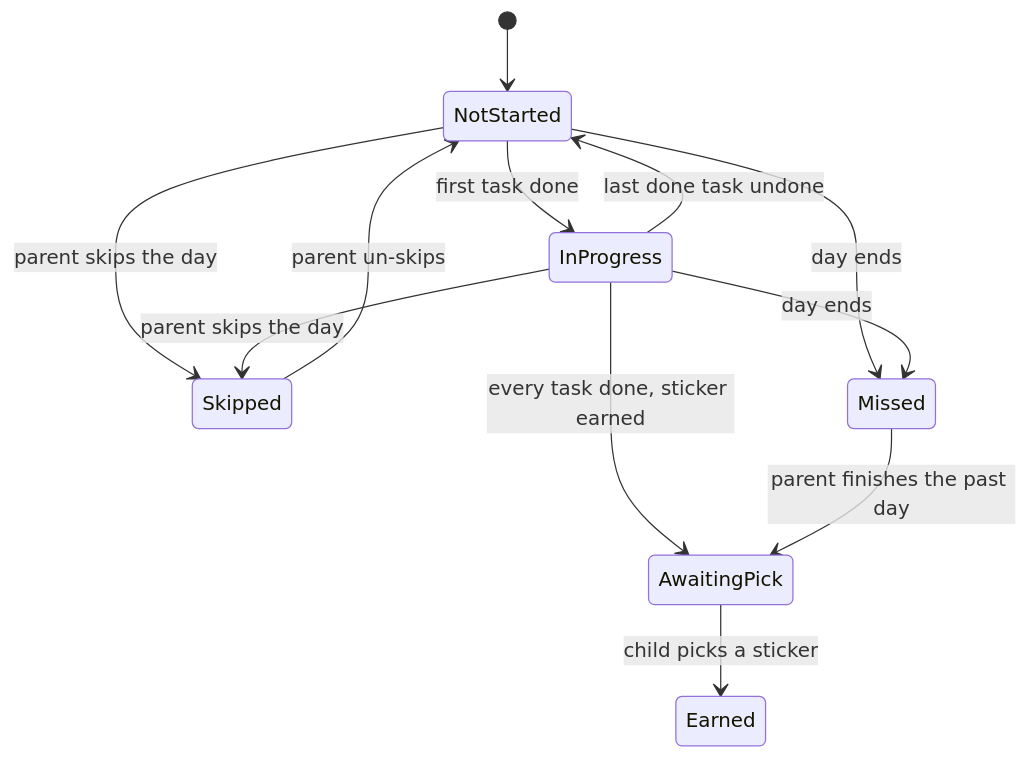
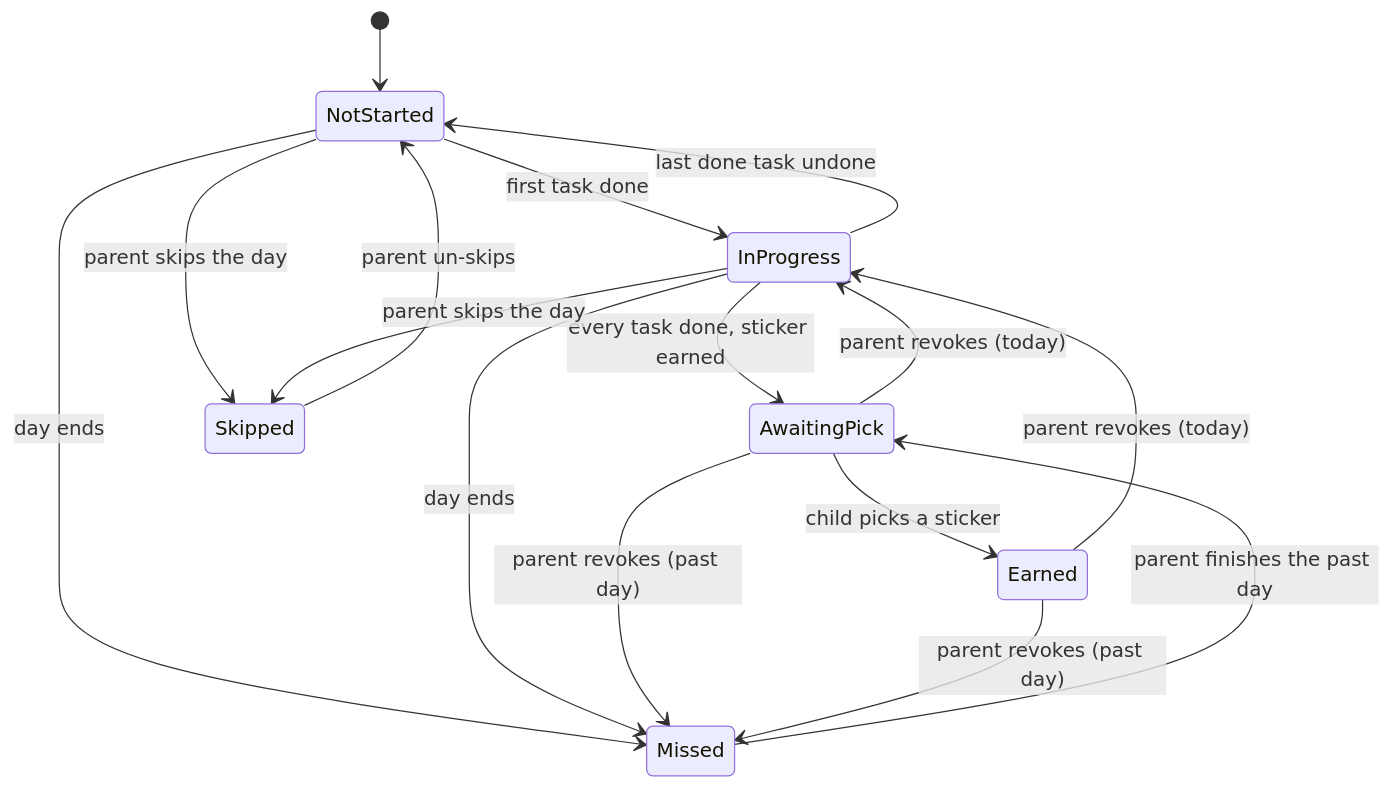
Before and after one commit to pw10n/sticker-bank: the third of 5 diagrams in docs/TDD.md, drawn with Mermaid. The commit also changed other lines of this file and 437 other files, not shown here.

````diff
--- a/docs/TDD.md
+++ b/docs/TDD.md
@@ -501,14 +558,18 @@
 ```mermaid
 stateDiagram-v2
     [*] --> NotStarted
     NotStarted --> InProgress: first task done
     InProgress --> NotStarted: last done task undone
     InProgress --> AwaitingPick: every task done, sticker earned
     AwaitingPick --> Earned: child picks a sticker
     NotStarted --> Skipped: parent skips the day
     InProgress --> Skipped: parent skips the day
     Skipped --> NotStarted: parent un-skips
     NotStarted --> Missed: day ends
     InProgress --> Missed: day ends
     Missed --> AwaitingPick: parent finishes the past day
+    AwaitingPick --> InProgress: parent revokes (today)
+    Earned --> InProgress: parent revokes (today)
+    AwaitingPick --> Missed: parent revokes (past day)
+    Earned --> Missed: parent revokes (past day)
 ```
````
